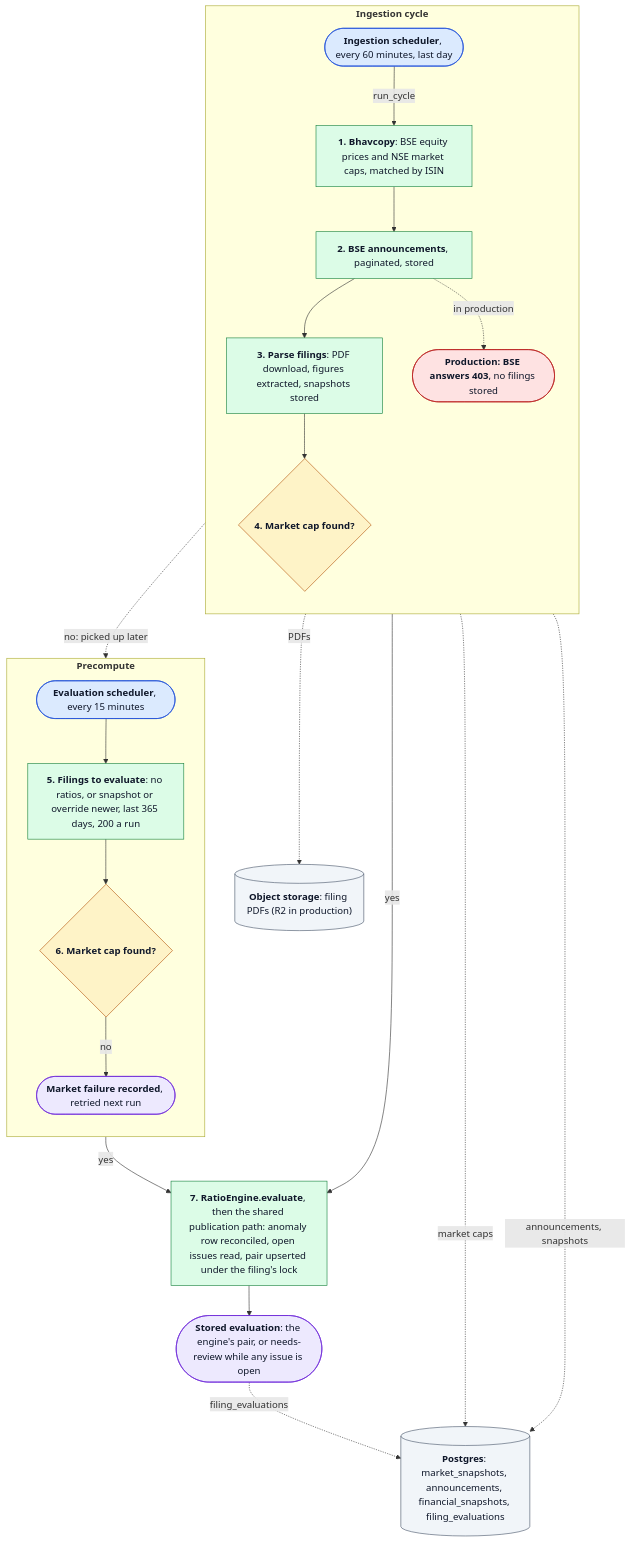
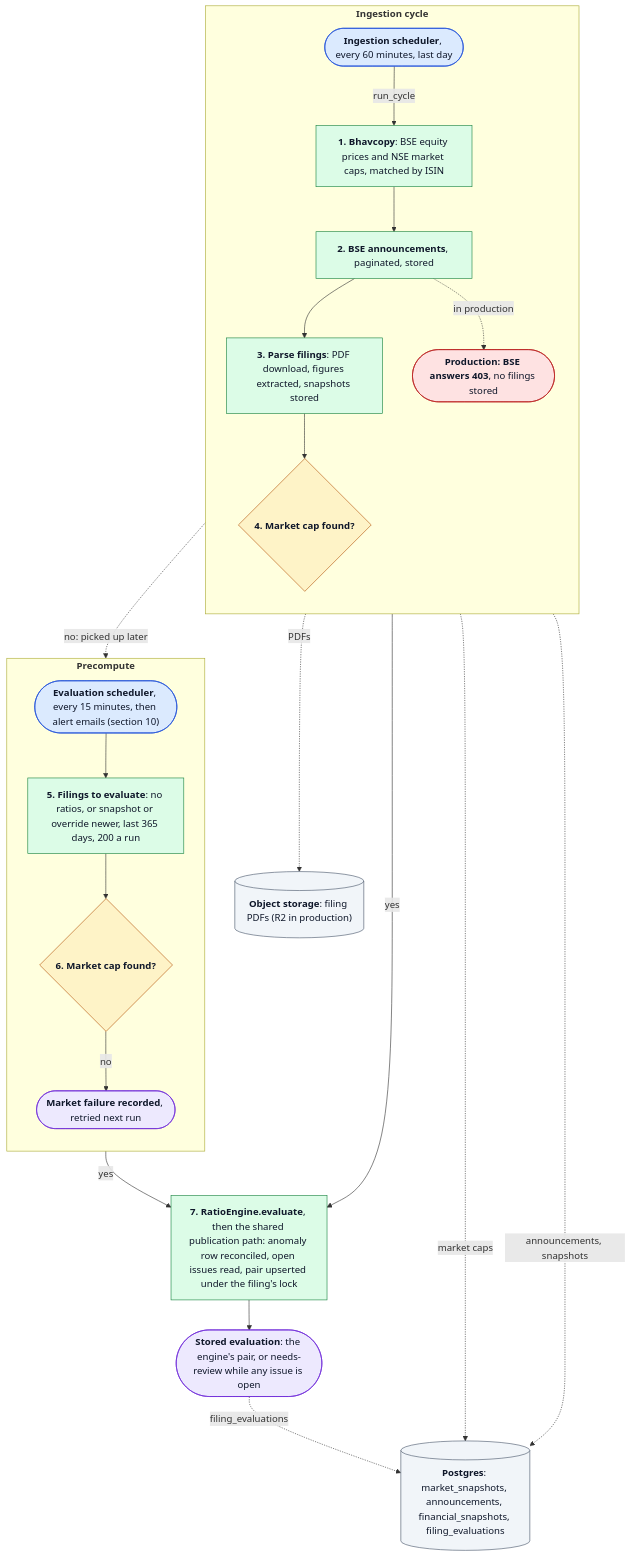
One commit to hamza-aziz-ai/HalalLens changed the seventh of 10 diagrams in docs/FLOW.md. Above: the diagram before and after it, drawn with Mermaid. The commit also changed other lines of this file and 25 other files, not shown here.

````diff
--- a/docs/FLOW.md
+++ b/docs/FLOW.md
@@ -448,52 +448,52 @@
 ```mermaid
 flowchart TB
   PG[("`**Postgres**: market_snapshots, announcements, financial_snapshots, filing_evaluations`")]
   OBJ[("`**Object storage**: filing PDFs (R2 in production)`")]
 
   subgraph ING["`**Ingestion cycle**`"]
     direction TB
     S1(["`**Ingestion scheduler**, every 60 minutes, last day`"])
     BHAV["`**1. Bhavcopy**: BSE equity prices and NSE market caps, matched by ISIN`"]
     ANN["`**2. BSE announcements**, paginated, stored`"]
     BLOCK(["`**Production: BSE answers 403**, no filings stored`"])
     ETL["`**3. Parse filings**: PDF download, figures extracted, snapshots stored`"]
     MC1{"`**4. Market cap found?**`"}
   end
 
   subgraph EV["`**Precompute**`"]
     direction TB
-    S2(["`**Evaluation scheduler**, every 15 minutes`"])
+    S2(["`**Evaluation scheduler**, every 15 minutes, then alert emails (section 10)`"])
     PICK["`**5. Filings to evaluate**: no ratios, or snapshot or override newer, last 365 days, 200 a run`"]
     MC2{"`**6. Market cap found?**`"}
     MISS(["`**Market failure recorded**, retried next run`"])
   end
 
   ENG["`**7. RatioEngine.evaluate**, then the shared publication path: anomaly row reconciled, open issues read, pair upserted under the filing's lock`"]
   OUT(["`**Stored evaluation**: the engine's pair, or needs-review while any issue is open`"])
 
   S1 -->|"`run_cycle`"| BHAV --> ANN --> ETL --> MC1
   ANN -.->|"`in production`"| BLOCK
   BHAV -.->|"`market caps`"| PG
   ETL -.->|"`PDFs`"| OBJ
   ETL -.->|"`announcements, snapshots`"| PG
   MC1 -->|"`yes`"| ENG
   MC1 -.->|"`no: picked up later`"| PICK
   S2 --> PICK --> MC2
   MC2 -->|"`no`"| MISS
   MC2 -->|"`yes`"| ENG
   ENG --> OUT
   OUT -.->|"`filing_evaluations`"| PG
 
   classDef ingress fill:#dbeafe,stroke:#1d4ed8,color:#0f172a
   classDef step fill:#dcfce7,stroke:#15803d,color:#0f172a
   classDef decision fill:#fef3c7,stroke:#b45309,color:#0f172a
   classDef outcome fill:#ede9fe,stroke:#6d28d9,color:#0f172a
   classDef store fill:#f1f5f9,stroke:#475569,color:#0f172a
   classDef error fill:#fee2e2,stroke:#b91c1c,color:#0f172a
   class S1,S2 ingress
   class BHAV,ANN,ETL,PICK,ENG step
   class MC1,MC2 decision
   class OUT,MISS outcome
   class PG,OBJ store
   class BLOCK error
 ```
````
